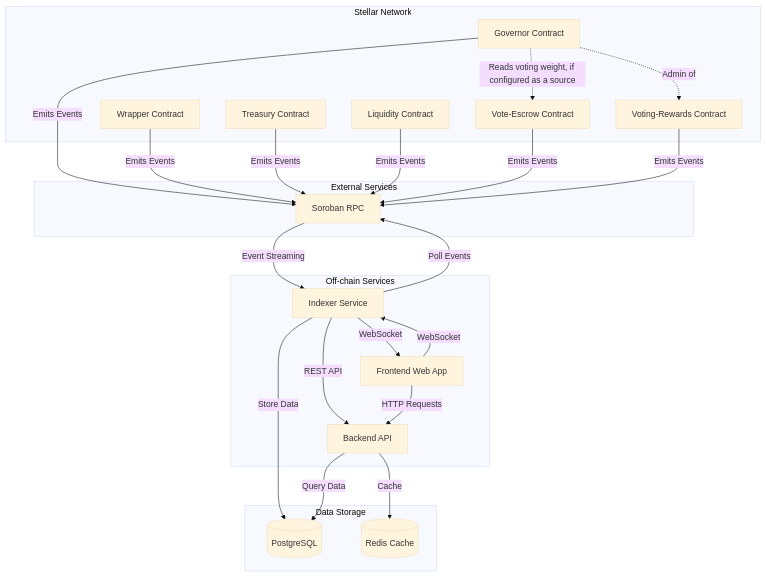
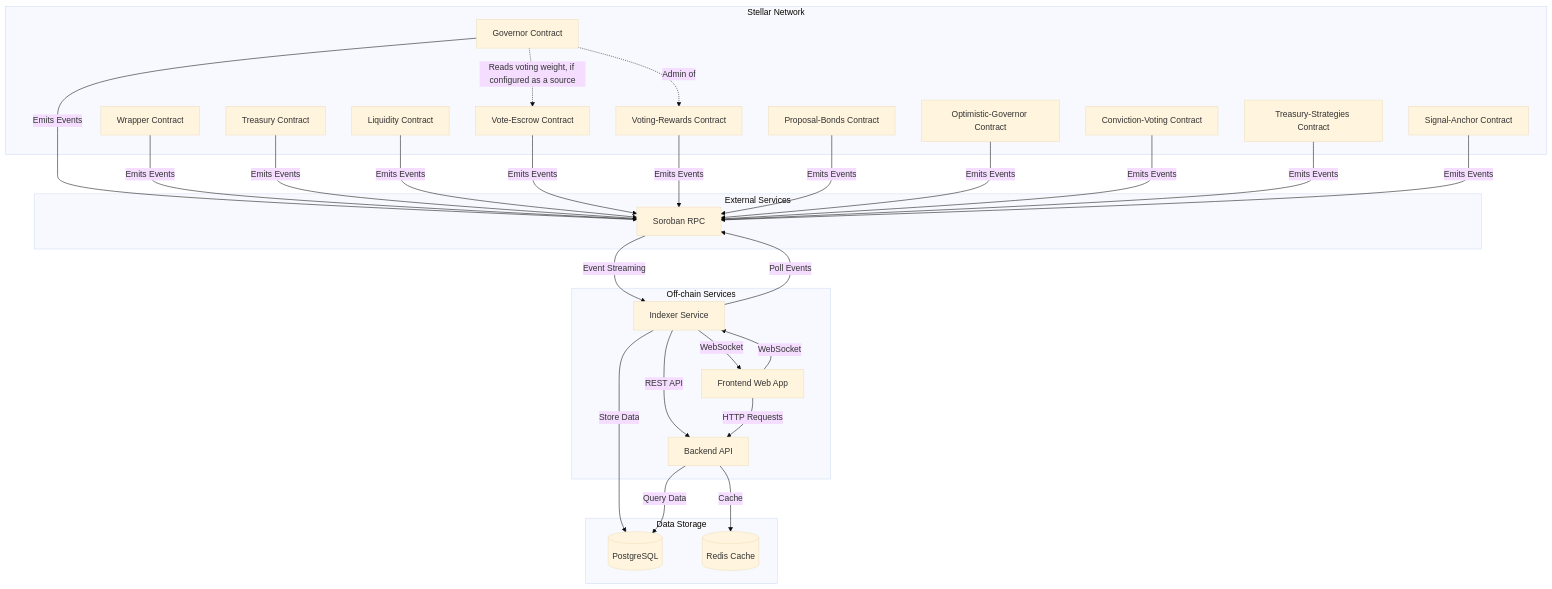
One commit to IyanuOluwaJesuloba/nebgov changed the first of 5 diagrams in docs/architecture.md. Above: the diagram before and after it, drawn with Mermaid (base theme). The commit also changed other lines of this file and 30 other files, not shown here.

````diff
--- a/docs/architecture.md
+++ b/docs/architecture.md
@@ -11,45 +11,55 @@
 ```mermaid
 graph TB
     subgraph "Stellar Network"
         SG[Governor Contract]
         SW[Wrapper Contract]
         ST[Treasury Contract]
         SL[Liquidity Contract]
         VE[Vote-Escrow Contract]
         VR[Voting-Rewards Contract]
+        PB[Proposal-Bonds Contract]
+        OG[Optimistic-Governor Contract]
+        CV[Conviction-Voting Contract]
+        TS[Treasury-Strategies Contract]
+        SA[Signal-Anchor Contract]
     end
     
     subgraph "Off-chain Services"
         IDX[Indexer Service]
         API[Backend API]
         WEB[Frontend Web App]
     end
     
     subgraph "Data Storage"
         PG[(PostgreSQL)]
         CACHE[(Redis Cache)]
     end
     
     subgraph "External Services"
         RPC[Soroban RPC]
     end
     
     RPC -->|Event Streaming| IDX
     IDX -->|Poll Events| RPC
     IDX -->|Store Data| PG
     IDX -->|REST API| API
     IDX -->|WebSocket| WEB
     API -->|Query Data| PG
     API -->|Cache| CACHE
     WEB -->|HTTP Requests| API
     WEB -->|WebSocket| IDX
     
     SG -->|Emits Events| RPC
     SW -->|Emits Events| RPC
     ST -->|Emits Events| RPC
     SL -->|Emits Events| RPC
     VE -->|Emits Events| RPC
     VR -->|Emits Events| RPC
+    PB -->|Emits Events| RPC
+    OG -->|Emits Events| RPC
+    CV -->|Emits Events| RPC
+    TS -->|Emits Events| RPC
+    SA -->|Emits Events| RPC
     SG -.->|Reads voting weight, if configured as a source| VE
     SG -.->|Admin of| VR
 ```
````
